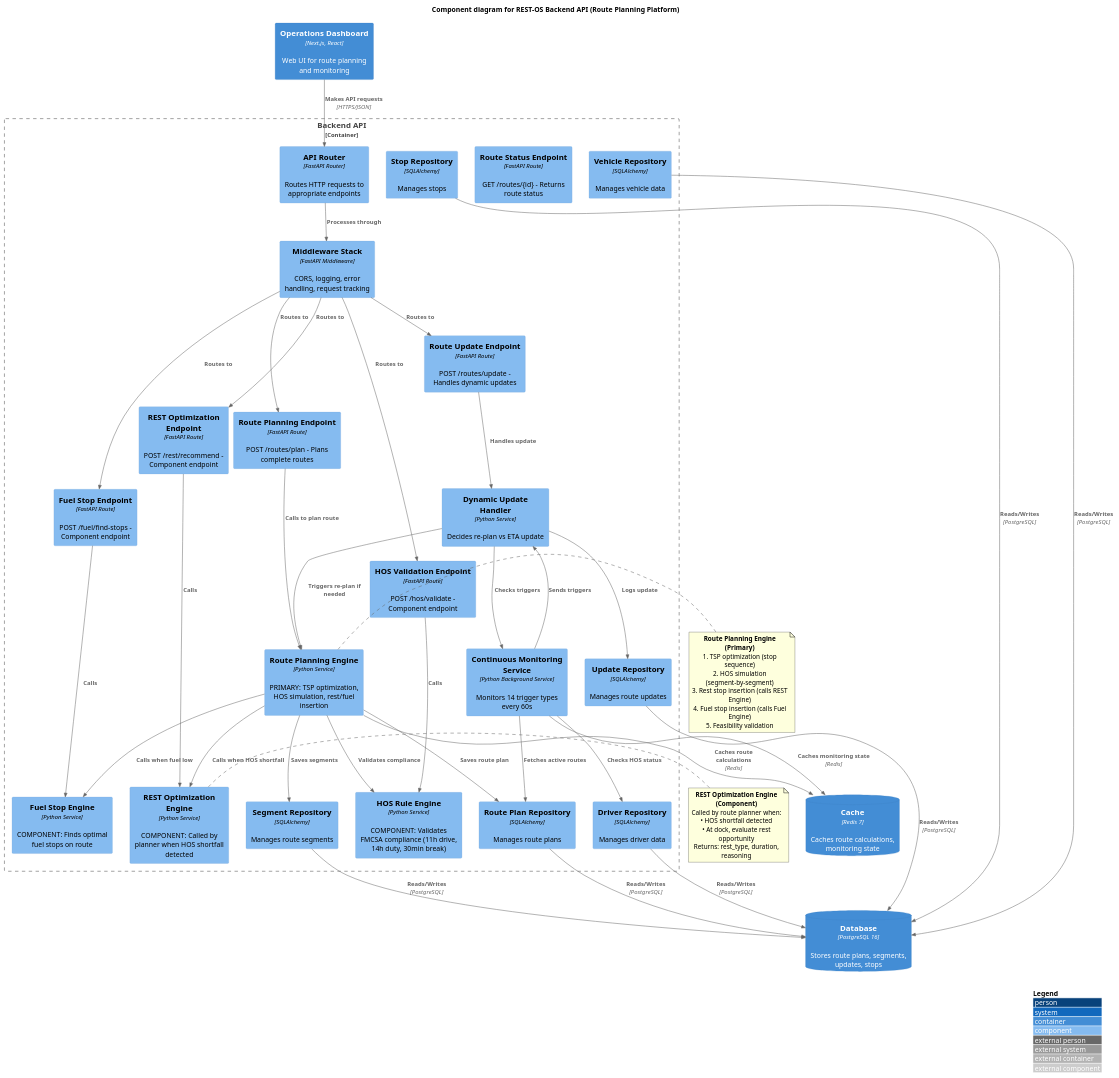
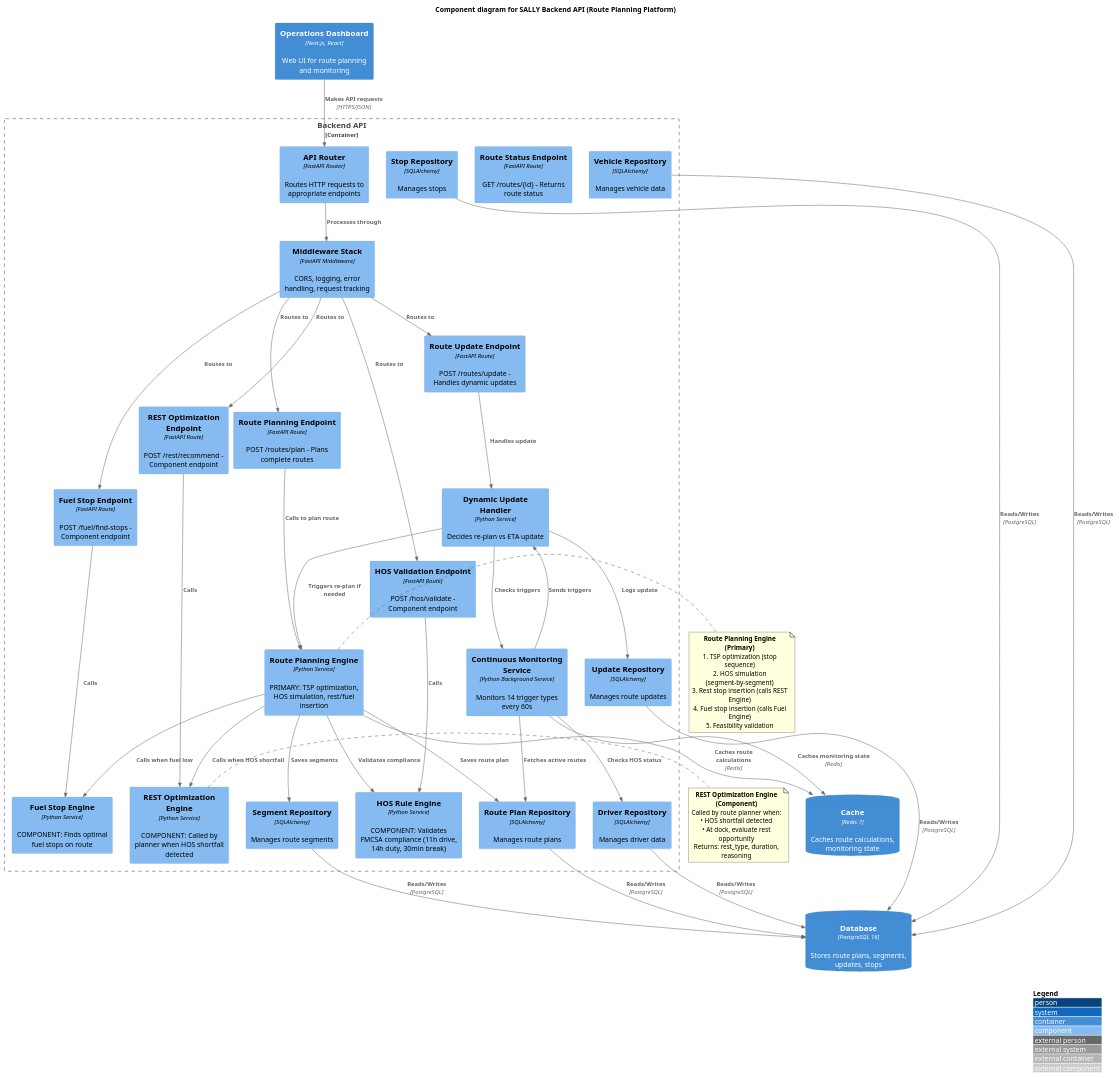
Before and after one commit to app-shore/sally: the diagram in .docs/architecture/c4-level3-component-backend.puml, drawn with PlantUML. The commit also changed 38 other files, not shown here.

```diff
--- a/.docs/architecture/c4-level3-component-backend.puml
+++ b/.docs/architecture/c4-level3-component-backend.puml
@@ -1,108 +1,108 @@
 @startuml C4_Component_Backend
 !include https://raw.githubusercontent.com/plantuml-stdlib/C4-PlantUML/master/C4_Component.puml
 
 LAYOUT_WITH_LEGEND()
 
-title Component diagram for REST-OS Backend API (Route Planning Platform)
+title Component diagram for SALLY Backend API (Route Planning Platform)
 
 Container(web, "Operations Dashboard", "Next.js, React", "Web UI for route planning and monitoring")
 
 Container_Boundary(api, "Backend API") {
     Component(api_router, "API Router", "FastAPI Router", "Routes HTTP requests to appropriate endpoints")
 
     ' Primary Route Planning Components
     Component(route_endpoint, "Route Planning Endpoint", "FastAPI Route", "POST /routes/plan - Plans complete routes")
     Component(route_update_endpoint, "Route Update Endpoint", "FastAPI Route", "POST /routes/update - Handles dynamic updates")
     Component(route_status_endpoint, "Route Status Endpoint", "FastAPI Route", "GET /routes/{id} - Returns route status")
 
     Component(route_planner, "Route Planning Engine", "Python Service", "PRIMARY: TSP optimization, HOS simulation, rest/fuel insertion")
     Component(monitoring_service, "Continuous Monitoring Service", "Python Background Service", "Monitors 14 trigger types every 60s")
     Component(update_handler, "Dynamic Update Handler", "Python Service", "Decides re-plan vs ETA update")
 
     ' Component Engines (Called by Route Planner)
     Component(hos_engine, "HOS Rule Engine", "Python Service", "COMPONENT: Validates FMCSA compliance (11h drive, 14h duty, 30min break)")
     Component(rest_engine, "REST Optimization Engine", "Python Service", "COMPONENT: Called by planner when HOS shortfall detected")
     Component(fuel_engine, "Fuel Stop Engine", "Python Service", "COMPONENT: Finds optimal fuel stops on route")
 
     ' Component Endpoints (Supporting)
     Component(hos_endpoint, "HOS Validation Endpoint", "FastAPI Route", "POST /hos/validate - Component endpoint")
     Component(rest_endpoint, "REST Optimization Endpoint", "FastAPI Route", "POST /rest/recommend - Component endpoint")
     Component(fuel_endpoint, "Fuel Stop Endpoint", "FastAPI Route", "POST /fuel/find-stops - Component endpoint")
 
     ' Repositories
     Component(route_plan_repo, "Route Plan Repository", "SQLAlchemy", "Manages route plans")
     Component(segment_repo, "Segment Repository", "SQLAlchemy", "Manages route segments")
     Component(update_repo, "Update Repository", "SQLAlchemy", "Manages route updates")
     Component(stop_repo, "Stop Repository", "SQLAlchemy", "Manages stops")
     Component(driver_repo, "Driver Repository", "SQLAlchemy", "Manages driver data")
     Component(vehicle_repo, "Vehicle Repository", "SQLAlchemy", "Manages vehicle data")
 
     Component(middleware, "Middleware Stack", "FastAPI Middleware", "CORS, logging, error handling, request tracking")
 }
 
 ContainerDb(db, "Database", "PostgreSQL 16", "Stores route plans, segments, updates, stops")
 ContainerDb(cache, "Cache", "Redis 7", "Caches route calculations, monitoring state")
 
 ' Primary flow
 Rel(web, api_router, "Makes API requests", "HTTPS/JSON")
 Rel(api_router, middleware, "Processes through")
 
 ' Route Planning Flow
 Rel(middleware, route_endpoint, "Routes to")
 Rel(route_endpoint, route_planner, "Calls to plan route")
 Rel(route_planner, hos_engine, "Validates compliance")
 Rel(route_planner, rest_engine, "Calls when HOS shortfall")
 Rel(route_planner, fuel_engine, "Calls when fuel low")
 Rel(route_planner, route_plan_repo, "Saves route plan")
 Rel(route_planner, segment_repo, "Saves segments")
 
 ' Dynamic Update Flow
 Rel(middleware, route_update_endpoint, "Routes to")
 Rel(route_update_endpoint, update_handler, "Handles update")
 Rel(update_handler, monitoring_service, "Checks triggers")
 Rel(update_handler, route_planner, "Triggers re-plan if needed")
 Rel(update_handler, update_repo, "Logs update")
 
 ' Monitoring Flow
 Rel(monitoring_service, route_plan_repo, "Fetches active routes")
 Rel(monitoring_service, driver_repo, "Checks HOS status")
 Rel(monitoring_service, update_handler, "Sends triggers")
 
 ' Component Endpoints
 Rel(middleware, hos_endpoint, "Routes to")
 Rel(middleware, rest_endpoint, "Routes to")
 Rel(middleware, fuel_endpoint, "Routes to")
 Rel(hos_endpoint, hos_engine, "Calls")
 Rel(rest_endpoint, rest_engine, "Calls")
 Rel(fuel_endpoint, fuel_engine, "Calls")
 
 ' Database connections
 Rel(route_plan_repo, db, "Reads/Writes", "PostgreSQL")
 Rel(segment_repo, db, "Reads/Writes", "PostgreSQL")
 Rel(update_repo, db, "Reads/Writes", "PostgreSQL")
 Rel(stop_repo, db, "Reads/Writes", "PostgreSQL")
 Rel(driver_repo, db, "Reads/Writes", "PostgreSQL")
 Rel(vehicle_repo, db, "Reads/Writes", "PostgreSQL")
 
 ' Cache connections
 Rel(route_planner, cache, "Caches route calculations", "Redis")
 Rel(monitoring_service, cache, "Caches monitoring state", "Redis")
 
 note right of route_planner
   **Route Planning Engine (Primary)**
   1. TSP optimization (stop sequence)
   2. HOS simulation (segment-by-segment)
   3. Rest stop insertion (calls REST Engine)
   4. Fuel stop insertion (calls Fuel Engine)
   5. Feasibility validation
 end note
 
 note right of rest_engine
   **REST Optimization Engine (Component)**
   Called by route planner when:
   • HOS shortfall detected
   • At dock, evaluate rest opportunity
   Returns: rest_type, duration, reasoning
 end note
 
 @enduml
```
